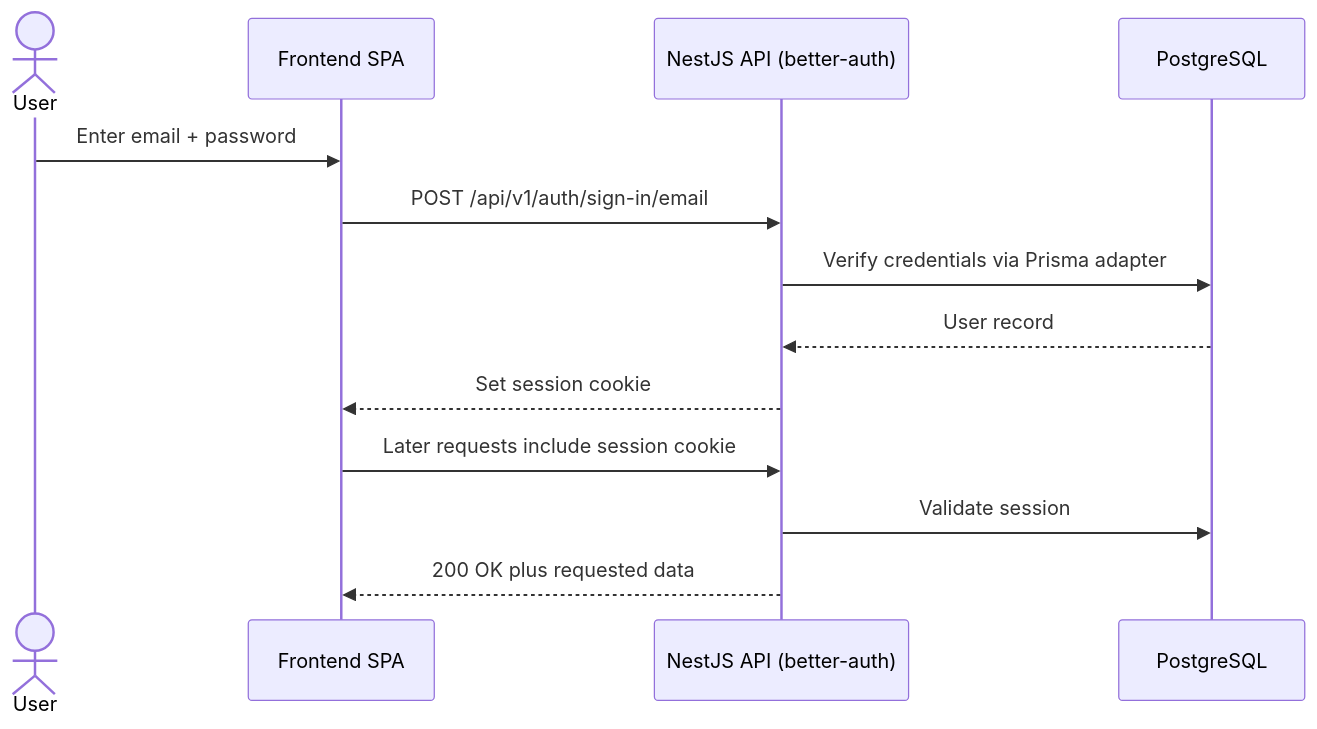
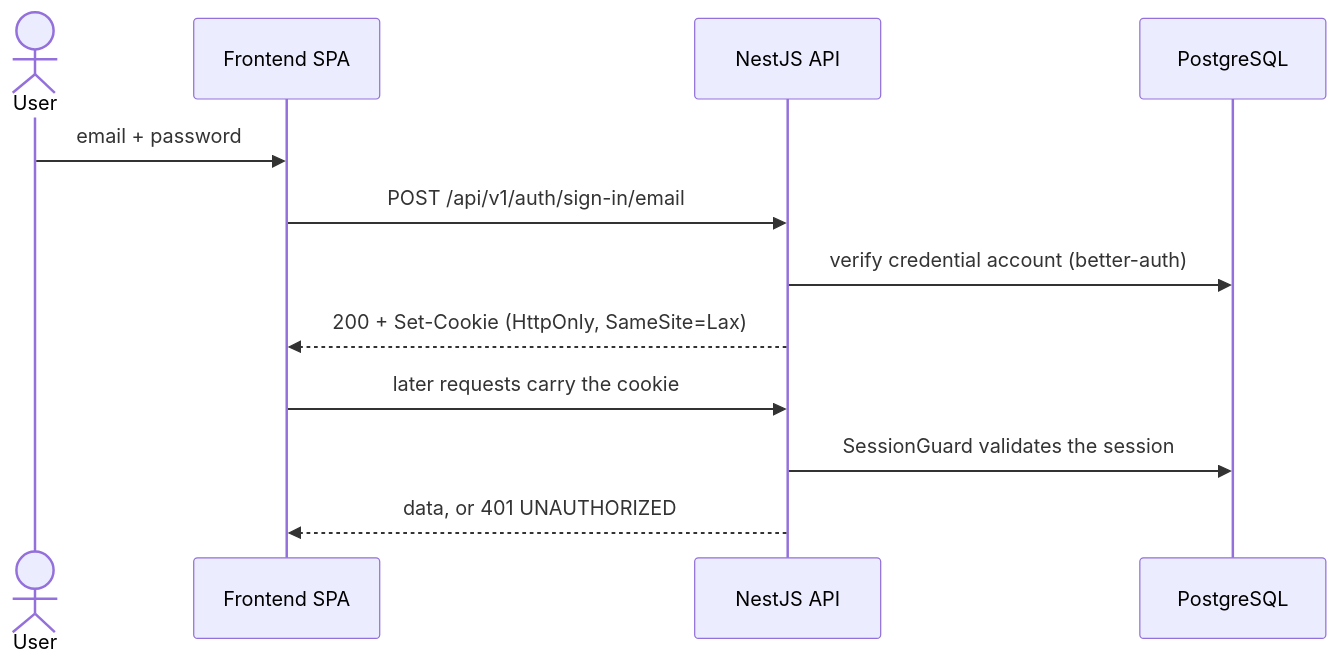
One commit to robbywh/lmesh-cmf-assistant changed the second of 3 diagrams in README.md. Above: the diagram before and after it, drawn with Mermaid. The commit also changed other lines of this file and 21 other files, not shown here.

````diff
--- a/README.md
+++ b/README.md
@@ -74,16 +145,15 @@
 ```mermaid
 sequenceDiagram
     actor User
     participant FE as Frontend SPA
-    participant API as NestJS API (better-auth)
+    participant API as NestJS API
     participant DB as PostgreSQL
 
-    User->>FE: Enter email + password
+    User->>FE: email + password
     FE->>API: POST /api/v1/auth/sign-in/email
-    API->>DB: Verify credentials via Prisma adapter
-    DB-->>API: User record
-    API-->>FE: Set session cookie
-    FE->>API: Later requests include session cookie
-    API->>DB: Validate session
-    API-->>FE: 200 OK plus requested data
+    API->>DB: verify credential account (better-auth)
+    API-->>FE: 200 + Set-Cookie (HttpOnly, SameSite=Lax)
+    FE->>API: later requests carry the cookie
+    API->>DB: SessionGuard validates the session
+    API-->>FE: data, or 401 UNAUTHORIZED
 ```
````
